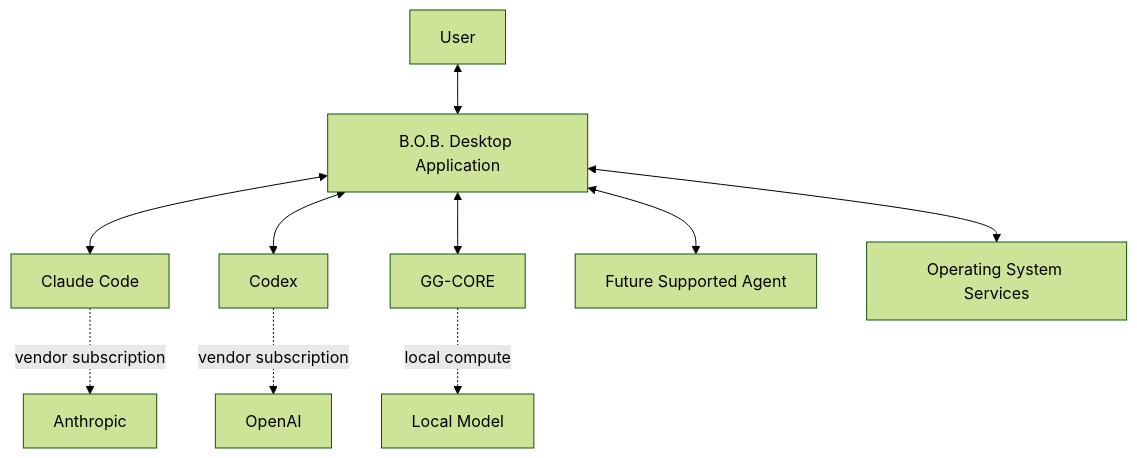
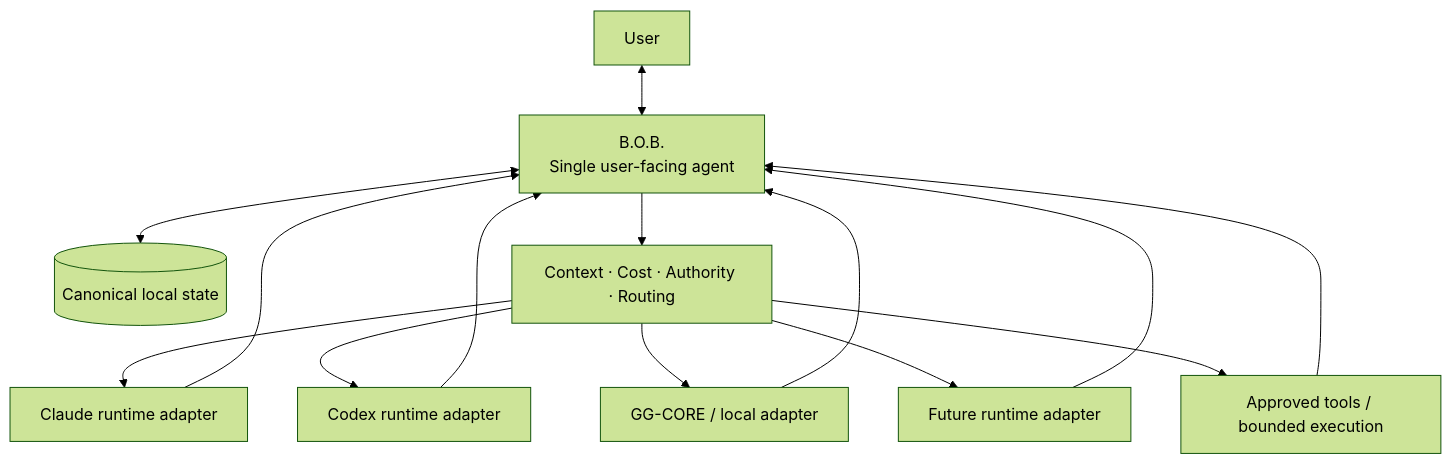
The first of 4 diagrams in docs/ARCHITECTURE.md (Knapp-Kevin/B.O.B.), drawn with Mermaid (forest theme) before and after one commit. The commit also changed other lines of this file, not shown here.

Commit message:
Define single-agent multi-runtime target architecture

````diff
--- a/docs/ARCHITECTURE.md
+++ b/docs/ARCHITECTURE.md
@@ -14,21 +22,19 @@
 ```mermaid
 flowchart TB
-    USER[User]
-    BOB[B.O.B. Desktop Application]
-    CLC[Claude Code]
-    COD[Codex]
-    GGC[GG-CORE]
-    FUT[Future Supported Agent]
-    OS[Operating System Services]
+    USER[User] <--> BOB[B.O.B.\nSingle user-facing agent]
 
-    USER <--> BOB
-    BOB <--> CLC
-    BOB <--> COD
-    BOB <--> GGC
-    BOB <--> FUT
-    BOB <--> OS
+    BOB <--> STATE[(Canonical local state)]
+    BOB --> POLICY[Context · Cost · Authority · Routing]
 
-    CLC -. vendor subscription .-> C1[Anthropic]
-    COD -. vendor subscription .-> C2[OpenAI]
-    GGC -. local compute .-> LOCAL[Local Model]
+    POLICY --> CLAUDE[Claude runtime adapter]
+    POLICY --> CODEX[Codex runtime adapter]
+    POLICY --> LOCAL[GG-CORE / local adapter]
+    POLICY --> FUTURE[Future runtime adapter]
+    POLICY --> TOOLS[Approved tools / bounded execution]
+
+    CLAUDE --> BOB
+    CODEX --> BOB
+    LOCAL --> BOB
+    FUTURE --> BOB
+    TOOLS --> BOB
 ```
````
